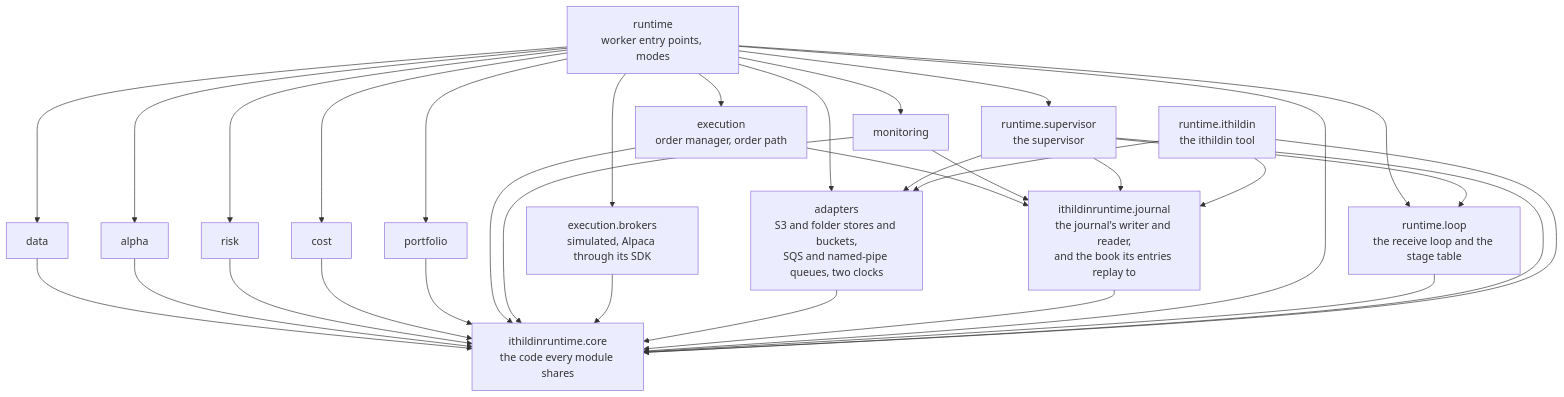
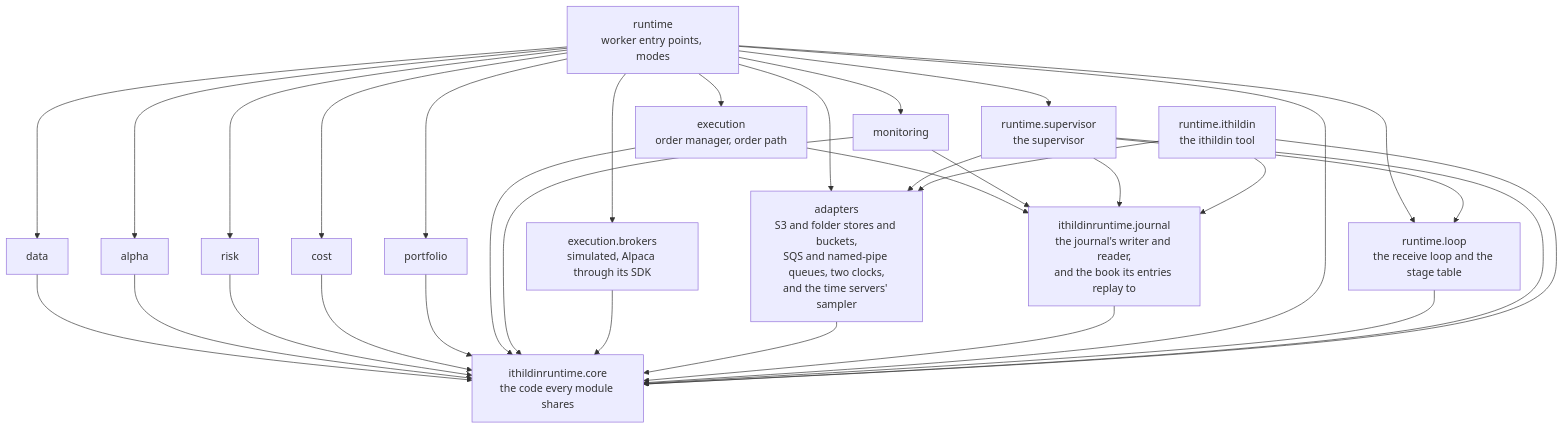
Before and after one commit to l3a0/ithildin-runtime: diagram 11 of 11 in docs/architecture/05-building-blocks.md, drawn with Mermaid. The commit also changed other lines of this file and 45 other files, not shown here.

First line of the commit message:
feat(clock): ask two time servers, and halt a decision on a clock past its bounds (#170)

````diff
--- a/docs/architecture/05-building-blocks.md
+++ b/docs/architecture/05-building-blocks.md
@@ -1953,51 +1970,51 @@
 ```mermaid
 flowchart TB
     core["ithildinruntime.core<br/>the code every module shares"]
     journal["ithildinruntime.journal<br/>the journal's writer and reader,<br/>and the book its entries replay to"]
-    adapters["adapters<br/>S3 and folder stores and buckets,<br/>SQS and named-pipe queues, two clocks"]
+    adapters["adapters<br/>S3 and folder stores and buckets,<br/>SQS and named-pipe queues, two clocks,<br/>and the time servers' sampler"]
     data["data"]
     alpha["alpha"]
     risk["risk"]
     cost["cost"]
     portfolio["portfolio"]
     execution["execution<br/>order manager, order path"]
     brokers["execution.brokers<br/>simulated, Alpaca through its SDK"]
     monitoring["monitoring"]
     runtime["runtime<br/>worker entry points, modes"]
     loop["runtime.loop<br/>the receive loop and the stage table"]
     supervisor["runtime.supervisor<br/>the supervisor"]
     tool["runtime.ithildin<br/>the ithildin tool"]
 
     data --> core
     alpha --> core
     risk --> core
     cost --> core
     portfolio --> core
     execution --> core
     monitoring --> core
     brokers --> core
     adapters --> core
     journal --> core
     execution --> journal
     monitoring --> journal
     runtime --> core
     runtime --> adapters
     runtime --> data
     runtime --> alpha
     runtime --> risk
     runtime --> cost
     runtime --> portfolio
     runtime --> execution
     runtime --> brokers
     runtime --> monitoring
     runtime --> loop
     runtime --> supervisor
     loop --> core
     supervisor --> core
     supervisor --> journal
     supervisor --> adapters
     supervisor --> loop
     tool --> core
     tool --> adapters
     tool --> journal
 ```
````
